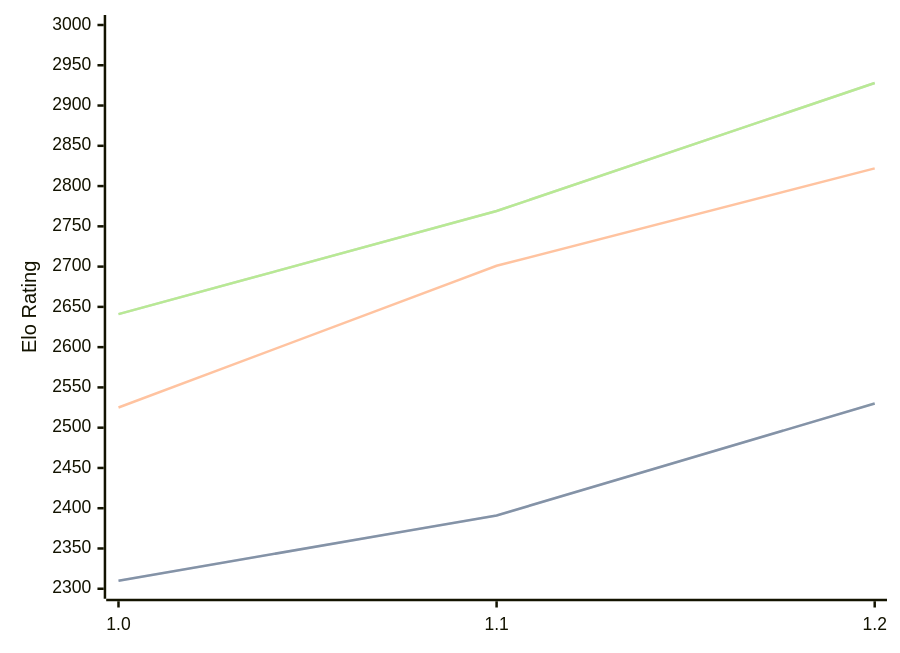
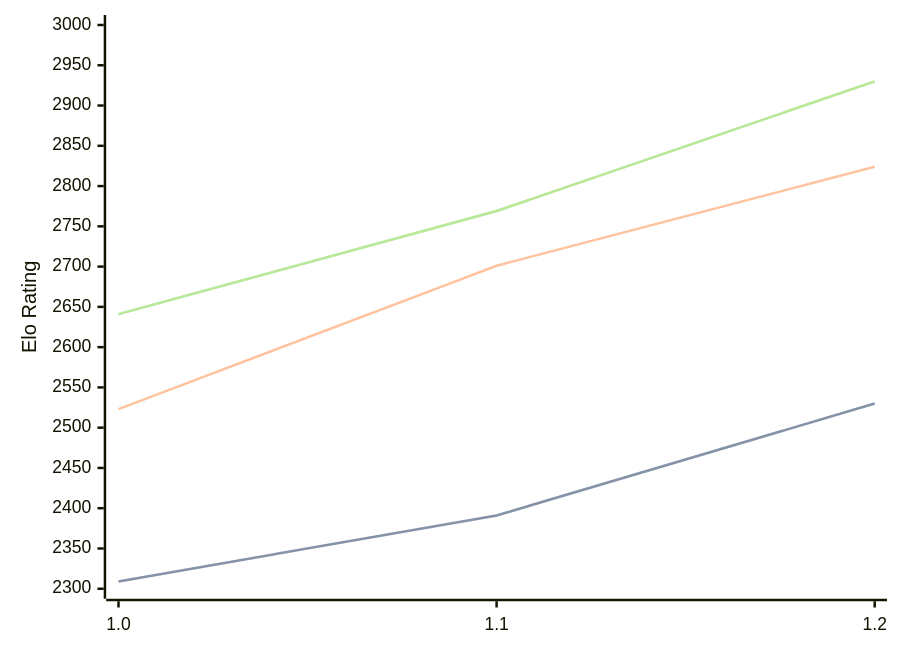
Before and after one commit to computer-chess-index/cci: the first of 3 diagrams in engines/FoxChess.md, drawn with Mermaid. The commit also changed other lines of this file, not shown here.

Commit message:
Update CCI Ratings (ELO VLTC) - 2026-07-10

````diff
--- a/engines/FoxChess.md
+++ b/engines/FoxChess.md
@@ -33,11 +33,11 @@
 ```mermaid
 %%{init: {"theme":"base","themeVariables":{"seriesColors:['#a3a3a3','#222221','#faa371']}}}%%
 xychart-beta
   x-axis ["1.0", "1.1", "1.2"]
   y-axis "Elo Rating" 2300 --> 3000
-  line "STC (8.0+0.08s)" [2310, 2391, 2530]
-  line "STC (8.0+0.08s)" [2310, 2391, 2530]
-  line "LTC (60.0+0.60s)" [2525, 2701, 2822]
-  line "VLTC (2m24s+1.12s)" [2641, 2769, 2928]
-  line "VLTC (2m24s+1.12s)" [2641, 2769, 2928]
+  line "STC (8.0+0.08s)" [2309, 2391, 2530]
+  line "STC (8.0+0.08s)" [2309, 2391, 2530]
+  line "LTC (60.0+0.60s)" [2523, 2701, 2824]
+  line "VLTC (2m24s+1.12s)" [2641, 2769, 2930]
+  line "VLTC (2m24s+1.12s)" [2641, 2769, 2930]
 ```
````
